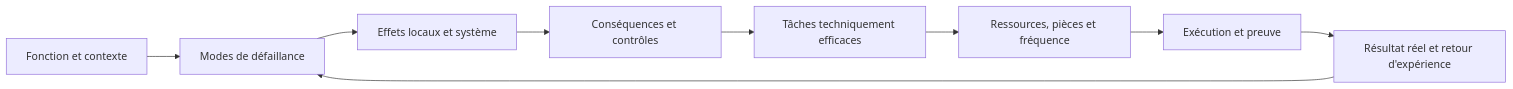
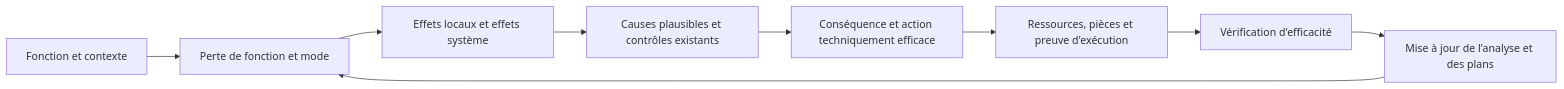
Before and after one commit to biggyseven/Skill-Tree: the fourth of 16 diagrams in content/lessons/maint-strategie-expert.md, drawn with Mermaid. The commit also changed other lines of this file, not shown here.

```diff
--- a/content/lessons/maint-strategie-expert.md
+++ b/content/lessons/maint-strategie-expert.md
@@ -91,11 +89,11 @@
 ~~~mermaid
 flowchart LR
-  A["Fonction et contexte"] --> B["Modes de défaillance"]
-  B --> C["Effets locaux et système"]
-  C --> D["Conséquences et contrôles"]
-  D --> E["Tâches techniquement efficaces"]
-  E --> F["Ressources, pièces et fréquence"]
-  F --> G["Exécution et preuve"]
-  G --> H["Résultat réel et retour d'expérience"]
+  A["Fonction et contexte"] --> B["Perte de fonction et mode"]
+  B --> C["Effets locaux et effets système"]
+  C --> D["Causes plausibles et contrôles existants"]
+  D --> E["Conséquence et action techniquement efficace"]
+  E --> F["Ressources, pièces et preuve d'exécution"]
+  F --> G["Vérification d'efficacité"]
+  G --> H["Mise à jour de l'analyse et des plans"]
   H --> B
 ~~~
```
